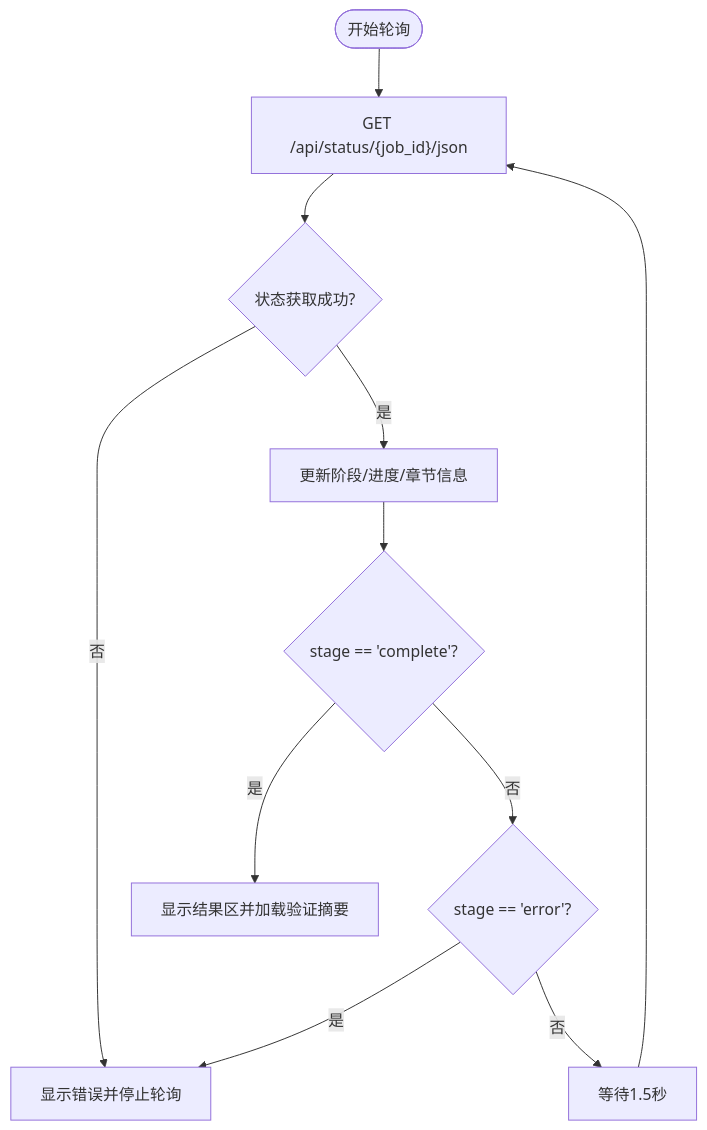
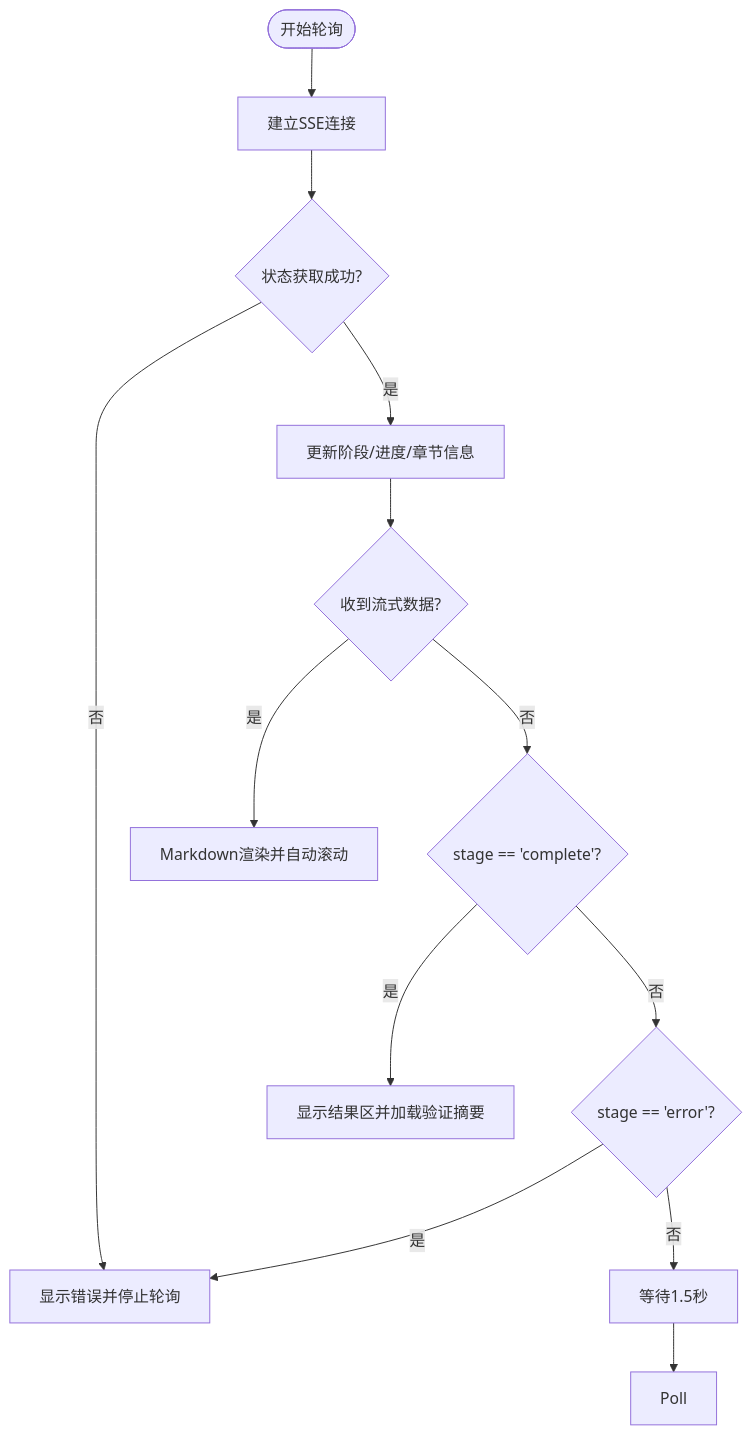
Before and after one commit to tjujingzong/Novel-to-Screenplay: the fifth of 10 diagrams in .qoder/repowiki/zh/content/前端界面/前端界面.md, drawn with Mermaid. The commit also changed other lines of this file and 6 other files, not shown here.

````diff
--- a/.qoder/repowiki/zh/content/前端界面/前端界面.md
+++ b/.qoder/repowiki/zh/content/前端界面/前端界面.md
@@ -328,12 +346,14 @@
 ```mermaid
 flowchart TD
-Start(["开始轮询"]) --> Poll["GET /api/status/{job_id}/json"]
-Poll --> StatusOK{"状态获取成功?"}
+Start(["开始轮询"]) --> SSE["建立SSE连接"]
+SSE --> StatusOK{"状态获取成功?"}
 StatusOK --> |否| ShowErr["显示错误并停止轮询"]
 StatusOK --> |是| Update["更新阶段/进度/章节信息"]
-Update --> StageComplete{"stage == 'complete'?"}
+Update --> Chunk{"收到流式数据?"}
+Chunk --> |是| Render["Markdown渲染并自动滚动"]
+Chunk --> |否| StageComplete{"stage == 'complete'?"}
 StageComplete --> |是| ShowRes["显示结果区并加载验证摘要"]
 StageComplete --> |否| StageError{"stage == 'error'?"}
 StageError --> |是| ShowErr
 StageError --> |否| Wait["等待1.5秒"] --> Poll
 ```
````
